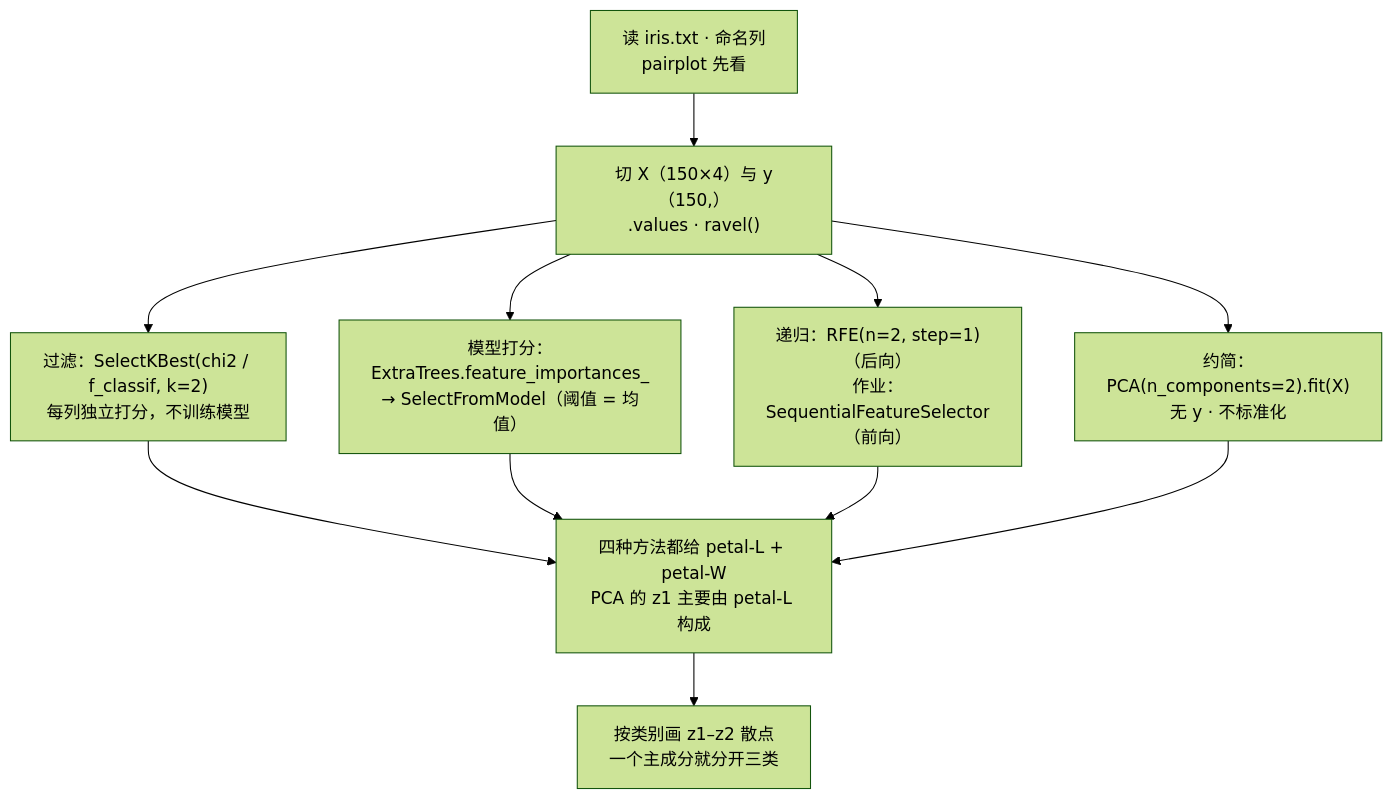
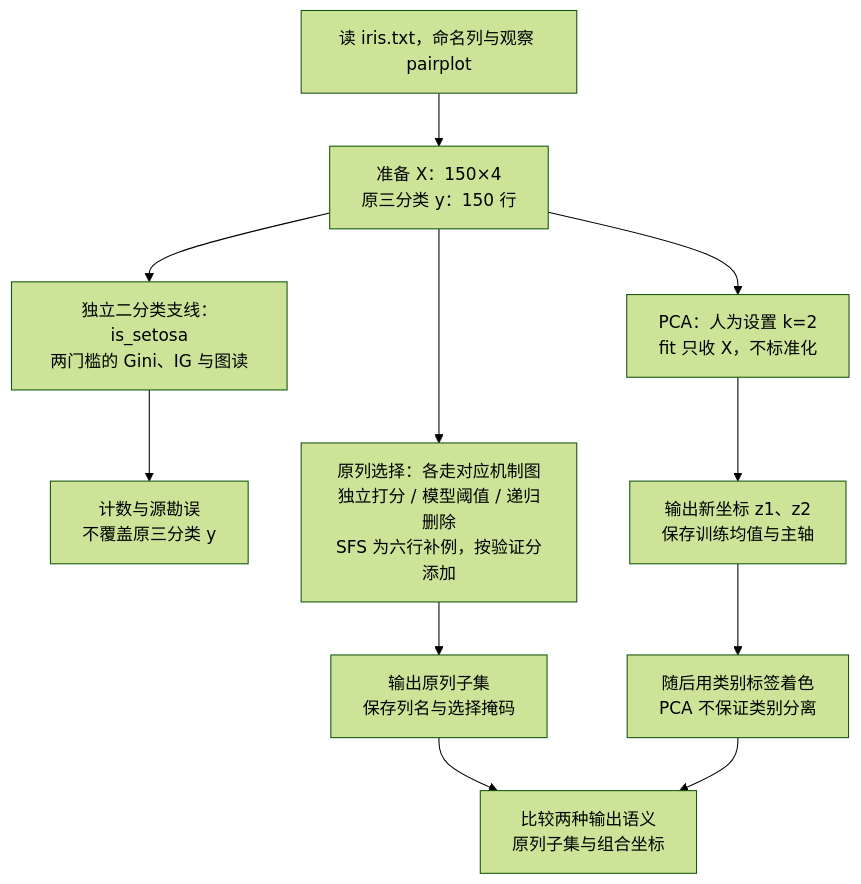
Before and after one commit to CercaTrovato/cityu-ai-course-notes: the eighth of 8 diagrams in IS6400_Business_Data_Analytics/notes/T04-特征选择与PCA实战-Iris.md, drawn with Mermaid (forest theme). The commit also changed other lines of this file and 116 other files, not shown here.

````diff
--- a/IS6400_Business_Data_Analytics/notes/T04-特征选择与PCA实战-Iris.md
+++ b/IS6400_Business_Data_Analytics/notes/T04-特征选择与PCA实战-Iris.md
@@ -375,13 +1047,13 @@
 ```mermaid
 flowchart TD
-    A["读 iris.txt · 命名列<br/>pairplot 先看"] --> B["切 X（150×4）与 y（150,）<br/>.values · ravel()"]
-    B --> C["过滤：SelectKBest(chi2 / f_classif, k=2)<br/>每列独立打分，不训练模型"]
-    B --> D["模型打分：ExtraTrees.feature_importances_<br/>→ SelectFromModel（阈值 = 均值）"]
-    B --> E["递归：RFE(n=2, step=1)（后向）<br/>作业：SequentialFeatureSelector（前向）"]
-    B --> F["约简：PCA(n_components=2).fit(X)<br/>无 y · 不标准化"]
-    C --> G["四种方法都给 petal-L + petal-W<br/>PCA 的 z1 主要由 petal-L 构成"]
-    D --> G
-    E --> G
-    F --> G
-    G --> H["按类别画 z1–z2 散点<br/>一个主成分就分开三类"]
+    A["读 iris.txt，命名列与观察 pairplot"] --> B["准备 X：150×4<br/>原三分类 y：150 行"]
+    B --> GB["独立二分类支线：is_setosa<br/>两门槛的 Gini、IG 与图读"]
+    GB --> GR["计数与源勘误<br/>不覆盖原三分类 y"]
+    B --> S["原列选择：各走对应机制图<br/>独立打分 / 模型阈值 / 递归删除<br/>SFS 为六行补例，按验证分添加"]
+    S --> G["输出原列子集<br/>保存列名与选择掩码"]
+    B --> F["PCA：人为设置 k=2<br/>fit 只收 X，不标准化"]
+    F --> P["输出新坐标 z1、z2<br/>保存训练均值与主轴"]
+    P --> H["随后用类别标签着色<br/>PCA 不保证类别分离"]
+    G --> J["比较两种输出语义<br/>原列子集与组合坐标"]
+    H --> J
 ```
````
